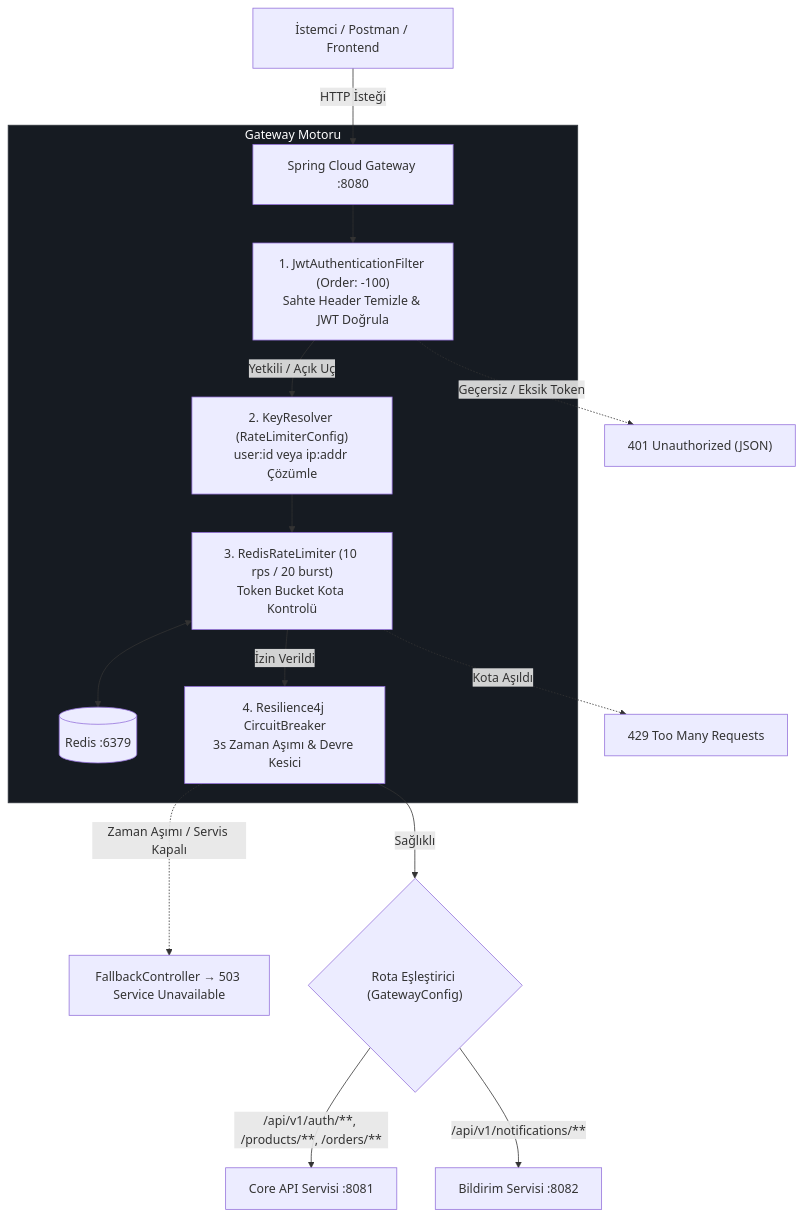
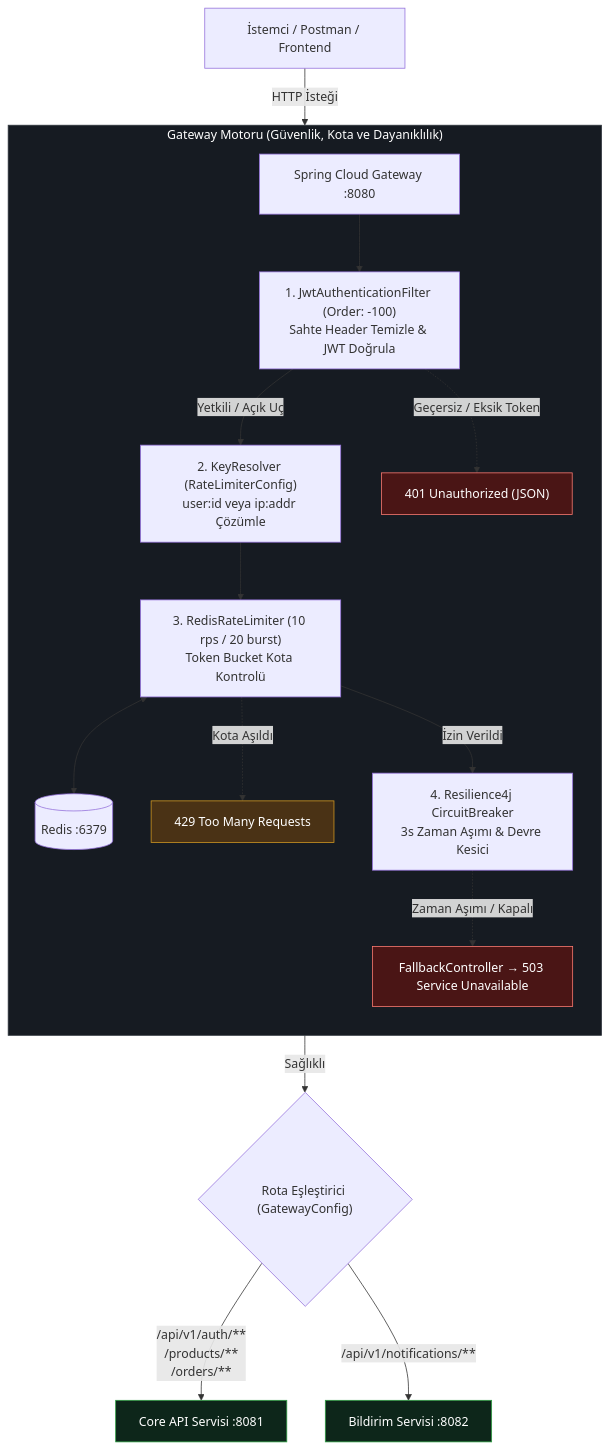
The second of 2 diagrams in README.md (yusufkayiss/api-gateway), drawn with Mermaid before and after one commit. The commit also changed other lines of this file, not shown here.

Commit message:
Revise Gateway Engine diagram and descriptions
Updated the Gateway Engine diagram and descriptions in both English and Turkish sections of the README to reflect changes in security, rate limiting, and resilience features.

````diff
--- a/README.md
+++ b/README.md
@@ -102,22 +112,32 @@
 ```mermaid
 flowchart TD
     Client[İstemci / Postman / Frontend] -->|HTTP İsteği| Gateway[Spring Cloud Gateway :8080]
 
-    subgraph GatewayEngine ["Gateway Motoru"]
+    subgraph GatewayEngine ["Gateway Motoru (Güvenlik, Kota ve Dayanıklılık)"]
+        direction TB
         Gateway --> AuthFilter["1. JwtAuthenticationFilter (Order: -100)<br/>Sahte Header Temizle & JWT Doğrula"]
+        
         AuthFilter -->|Yetkili / Açık Uç| KeyRes["2. KeyResolver (RateLimiterConfig)<br/>user:id veya ip:addr Çözümle"]
+        AuthFilter -.->|Geçersiz / Eksik Token| Err401["401 Unauthorized (JSON)"]
+        
         KeyRes --> RedisLimiter["3. RedisRateLimiter (10 rps / 20 burst)<br/>Token Bucket Kota Kontrolü"]
+        
         RedisLimiter <--> Redis[(Redis :6379)]
+        RedisLimiter -.->|Kota Aşıldı| Err429["429 Too Many Requests"]
+        
         RedisLimiter -->|İzin Verildi| CB["4. Resilience4j CircuitBreaker<br/>3s Zaman Aşımı & Devre Kesici"]
+        CB -.->|Zaman Aşımı / Kapalı| Fallback["FallbackController → 503 Service Unavailable"]
     end
 
-    AuthFilter -.->|Geçersiz / Eksik Token| Err401["401 Unauthorized (JSON)"]
-    RedisLimiter -.->|Kota Aşıldı| Err429["429 Too Many Requests"]
-    CB -.->|Zaman Aşımı / Servis Kapalı| Fallback["FallbackController → 503 Service Unavailable"]
-
     CB -->|Sağlıklı| Routing{"Rota Eşleştirici (GatewayConfig)"}
-    Routing -->|/api/v1/auth/**, /products/**, /orders/**| CoreAPI["Core API Servisi :8081"]
+    
+    Routing -->|/api/v1/auth/**<br>/products/**<br>/orders/**| CoreAPI["Core API Servisi :8081"]
     Routing -->|/api/v1/notifications/**| NotifAPI["Bildirim Servisi :8082"]
 
     style GatewayEngine fill:#161b22,stroke:#30363d,stroke-width:1px,color:#fff
+    style Err401 fill:#4a1515,stroke:#ff7b72,color:#fff
+    style Err429 fill:#4a3215,stroke:#d29922,color:#fff
+    style Fallback fill:#4a1515,stroke:#ff7b72,color:#fff
+    style CoreAPI fill:#0d261a,stroke:#2ea043,color:#fff
+    style NotifAPI fill:#0d261a,stroke:#2ea043,color:#fff
 ```
````
